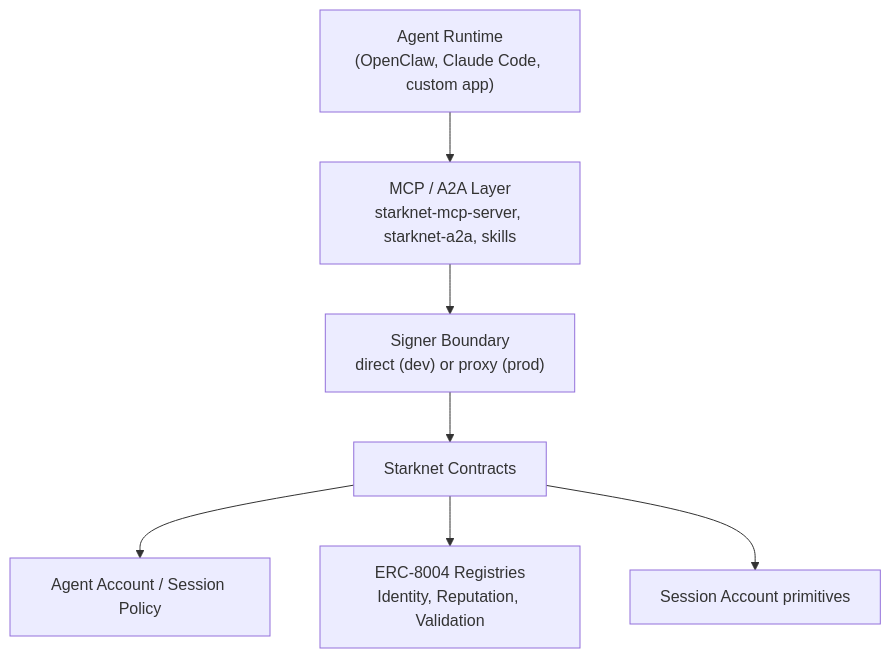
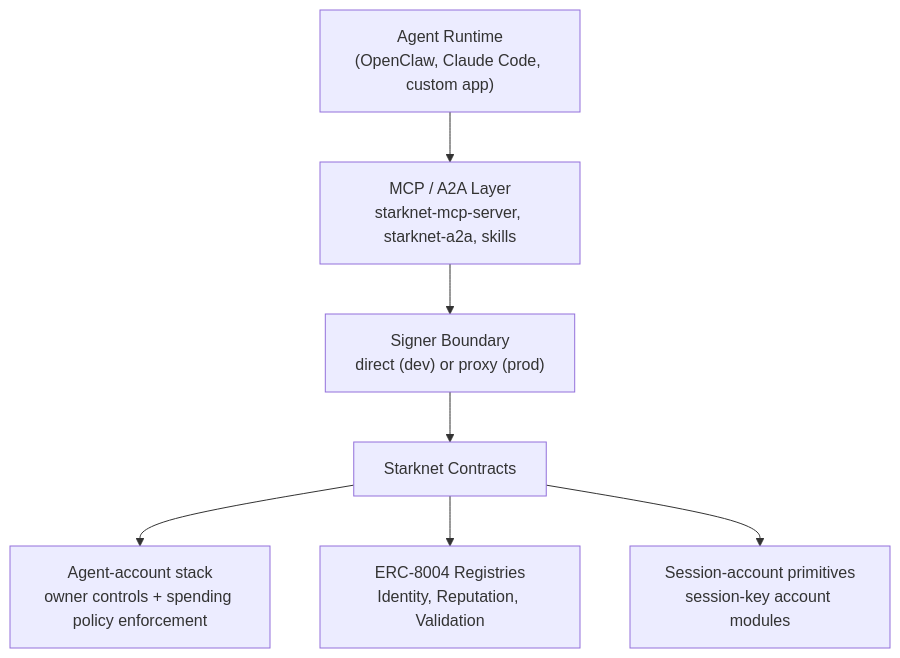
The diagram in README.md (keep-starknet-strange/starknet-agentic), drawn with Mermaid before and after one commit. The commit also changed other lines of this file, not shown here.

Commit message:
docs(readme): clarify architecture roles and restore huginn local checks

````diff
--- a/README.md
+++ b/README.md
@@ -54,9 +54,9 @@
 ```mermaid
 flowchart TB
   A["Agent Runtime<br/>(OpenClaw, Claude Code, custom app)"] --> B["MCP / A2A Layer<br/>starknet-mcp-server, starknet-a2a, skills"]
   B --> C["Signer Boundary<br/>direct (dev) or proxy (prod)"]
   C --> D["Starknet Contracts"]
-  D --> D1["Agent Account / Session Policy"]
+  D --> D1["Agent-account stack<br/>owner controls + spending policy enforcement"]
   D --> D2["ERC-8004 Registries<br/>Identity, Reputation, Validation"]
-  D --> D3["Session Account primitives"]
+  D --> D3["Session-account primitives<br/>session-key account modules"]
 ```
````
